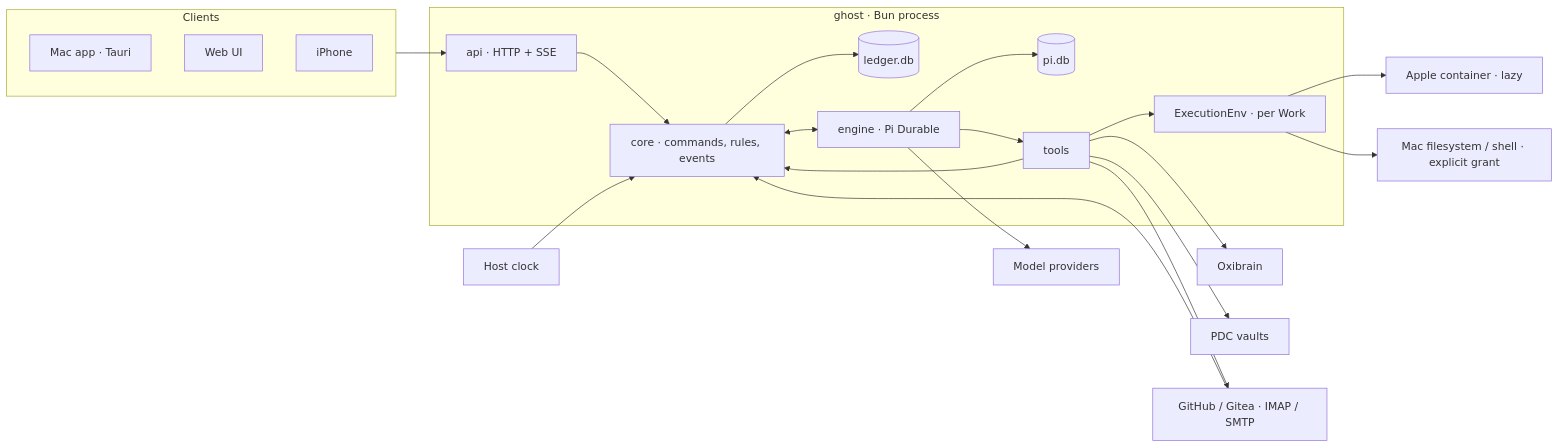
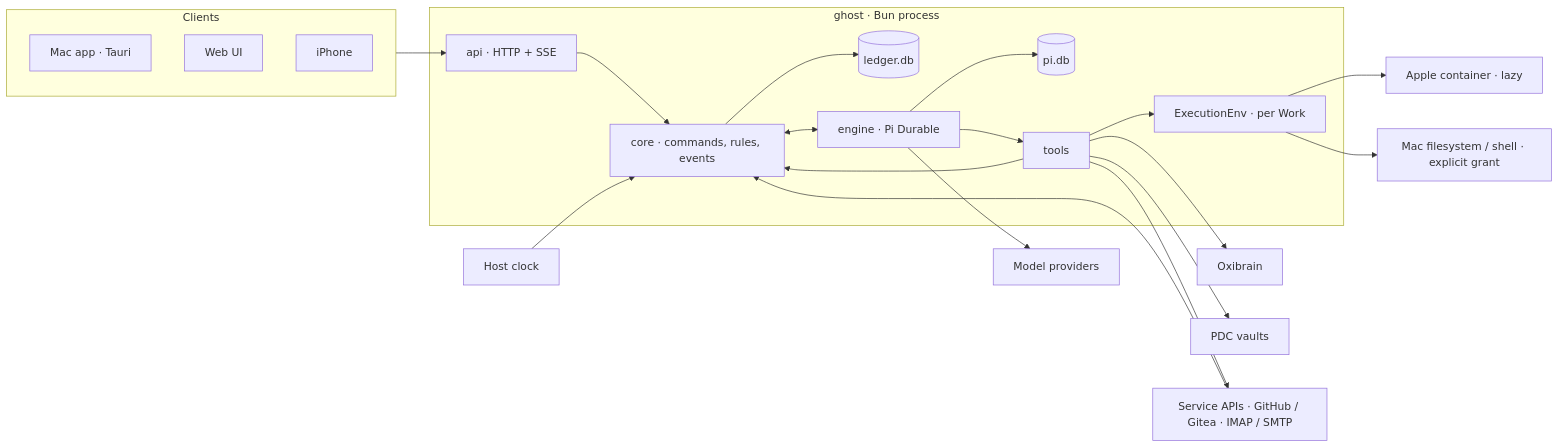
One commit to a7garden/ghost changed the first of 2 diagrams in docs/architecture.md. Above: the diagram before and after it, drawn with Mermaid. The commit also changed other lines of this file and 52 other files, not shown here.

````diff
--- a/docs/architecture.md
+++ b/docs/architecture.md
@@ -5,36 +5,36 @@
 ```mermaid
 flowchart LR
   subgraph clients[Clients]
     mac[Mac app · Tauri]
     web[Web UI]
     ios[iPhone]
   end
   subgraph host[ghost · Bun process]
     api[api · HTTP + SSE]
     core[core · commands, rules, events]
     ledger[(ledger.db)]
     engine[engine · Pi Durable]
     pi[(pi.db)]
     tools[tools]
     sandbox[ExecutionEnv · per Work]
   end
   mem[Oxibrain]
   docs[PDC vaults]
   models[Model providers]
   clock[Host clock]
-  accounts[GitHub / Gitea · IMAP / SMTP]
+  accounts[Service APIs · GitHub / Gitea · IMAP / SMTP]
   vm[Apple container · lazy]
   pc[Mac filesystem / shell · explicit grant]
   clients --> api --> core --> ledger
   core <--> engine --> pi
   engine --> tools --> core
   tools --> sandbox
   sandbox --> vm
   sandbox --> pc
   clock --> core
   accounts --> core
   tools --> accounts
   tools --> mem
   tools --> docs
   engine --> models
 ```
````
